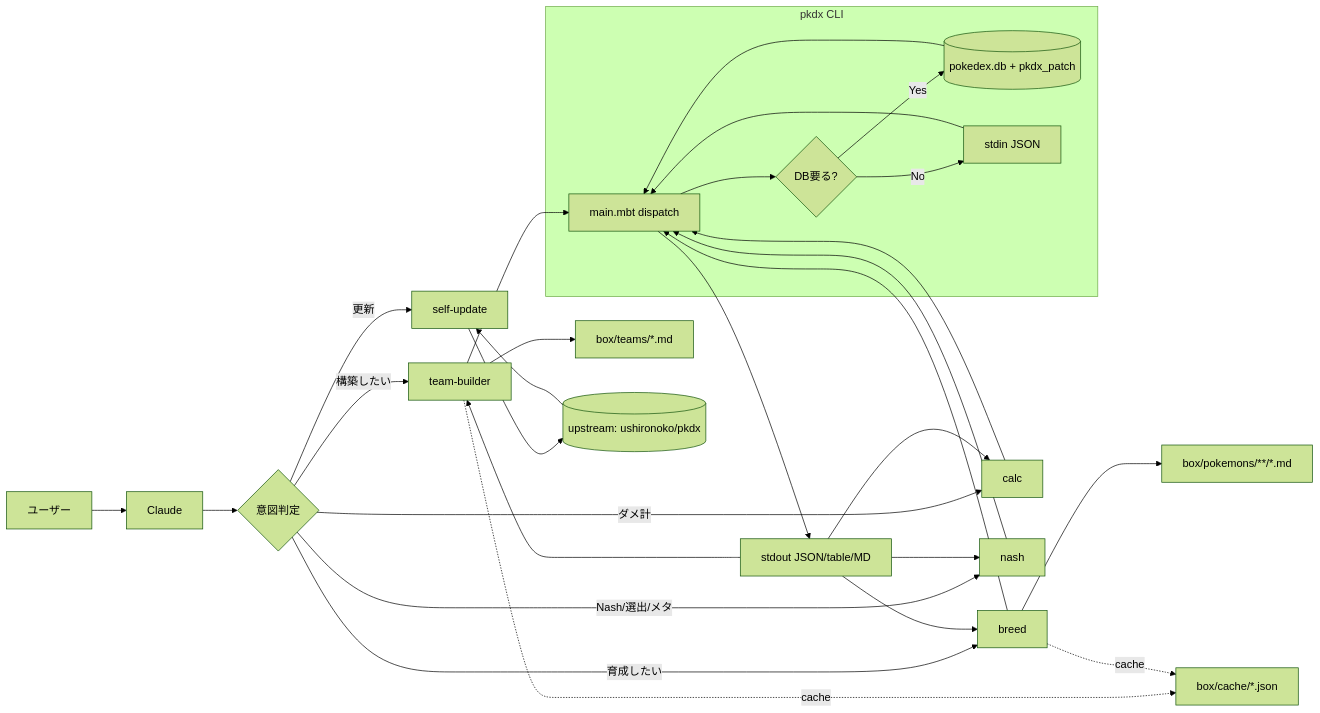
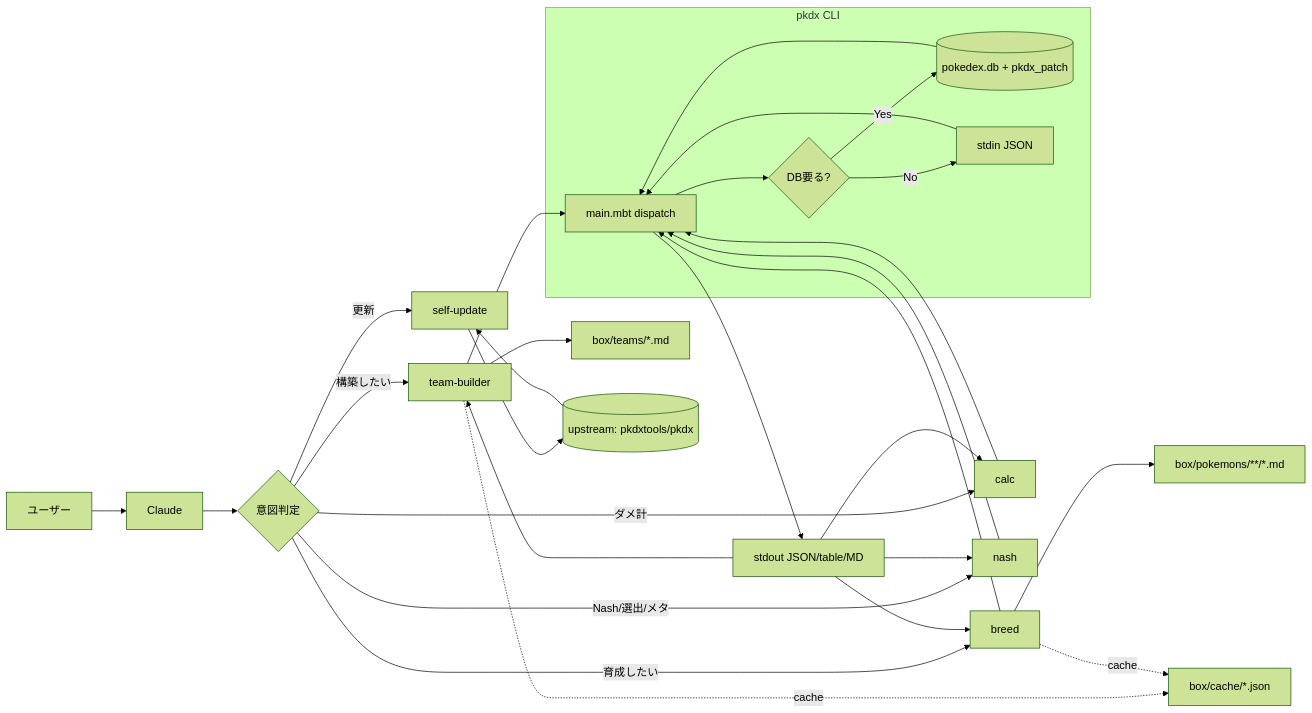
Before and after one commit to pkdxtools/pkdx: the first of 9 diagrams in .claude/architecture.md, drawn with Mermaid (forest theme). The commit also changed 11 other files, not shown here.

````diff
--- a/.claude/architecture.md
+++ b/.claude/architecture.md
@@ -9,38 +9,38 @@
 ```mermaid
 flowchart LR
   User[ユーザー] --> Claude
   Claude --> Router{意図判定}
   Router -->|構築したい| TB[team-builder]
   Router -->|育成したい| Breed[breed]
   Router -->|ダメ計| Calc[calc]
   Router -->|Nash/選出/メタ| Nash[nash]
   Router -->|更新| SU[self-update]
 
   TB --> CLI
   Breed --> CLI
   Calc --> CLI
   Nash --> CLI
 
   subgraph CLI_LAYER[pkdx CLI]
     CLI[main.mbt dispatch] --> WithDB{DB要る?}
     WithDB -->|Yes| DB[(pokedex.db + pkdx_patch)]
     WithDB -->|No| STDIN[stdin JSON]
   end
 
   DB --> CLI
   STDIN --> CLI
   CLI --> Stdout[stdout JSON/table/MD]
 
   Stdout --> TB
   Stdout --> Breed
   Stdout --> Calc
   Stdout --> Nash
 
   TB --> BoxTeams[box/teams/*.md]
   Breed --> BoxMons[box/pokemons/**/*.md]
   TB -.cache.-> Cache[box/cache/*.json]
   Breed -.cache.-> Cache
 
-  SU --> Upstream[(upstream: ushironoko/pkdx)]
+  SU --> Upstream[(upstream: pkdxtools/pkdx)]
   Upstream --> SU
 ```
````
